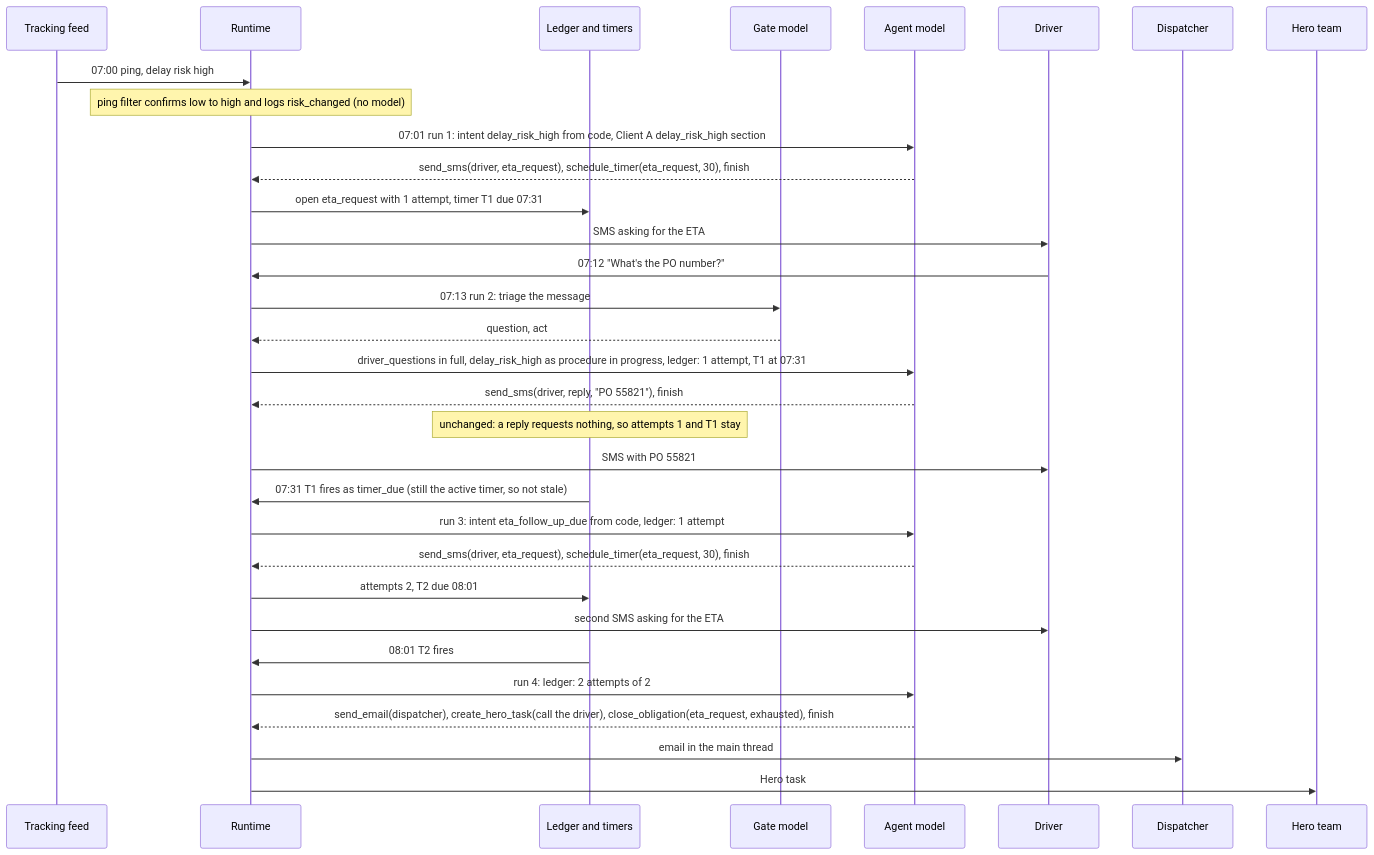
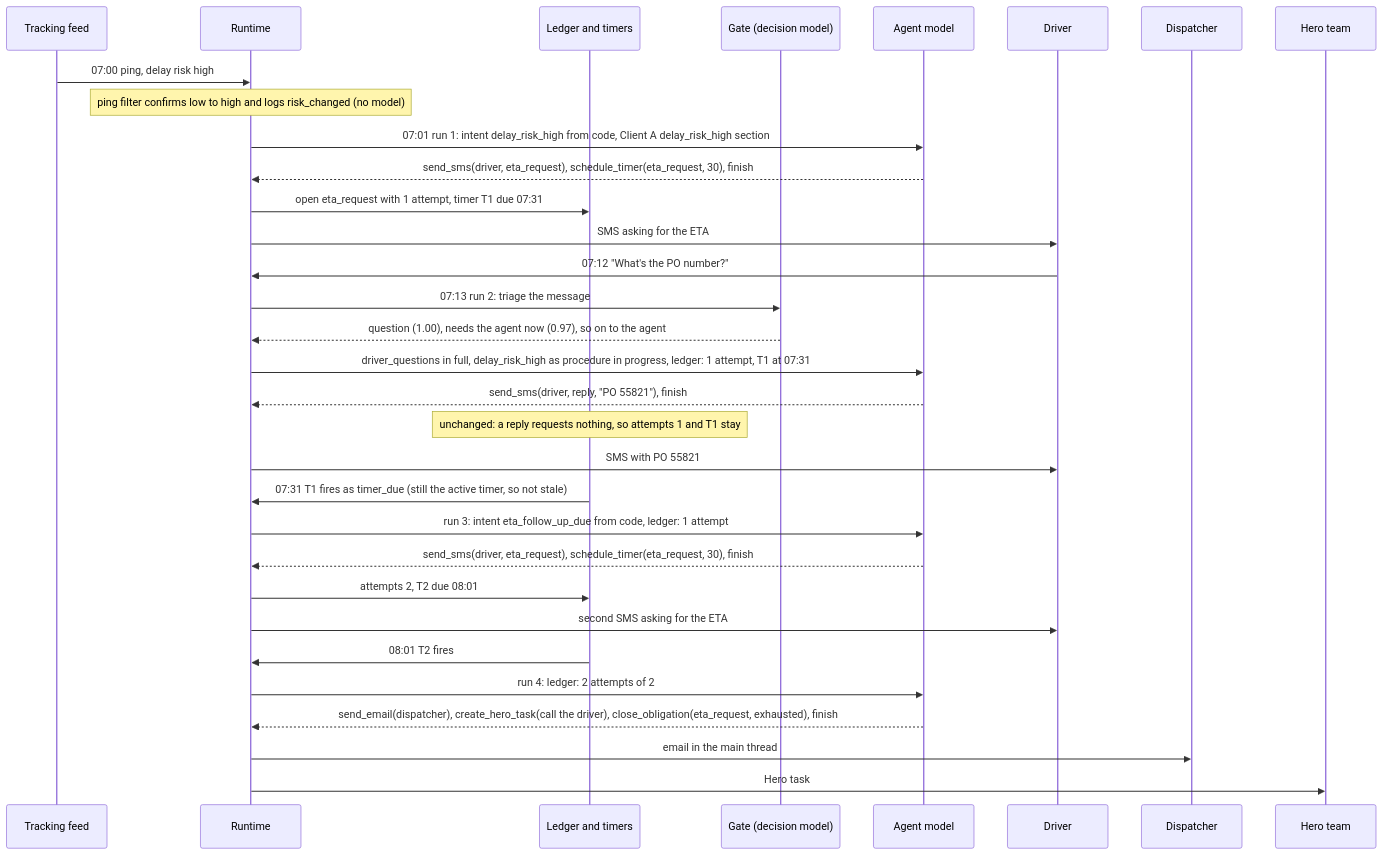
The sixth of 10 diagrams in docs/architecture.md (pedrocwb/freight-hero-assessment), drawn with Mermaid before and after one commit. The commit also changed other lines of this file and 3 other files, not shown here.

First line of the commit message:
Report the gate engine comparison and describe the decision-model gate

````diff
--- a/docs/architecture.md
+++ b/docs/architecture.md
@@ -219,35 +219,35 @@
 ```mermaid
 sequenceDiagram
   participant T as Tracking feed
   participant R as Runtime
   participant L as Ledger and timers
-  participant G as Gate model
+  participant G as Gate (decision model)
   participant A as Agent model
   participant D as Driver
   participant P as Dispatcher
   participant H as Hero team
 
   T->>R: 07:00 ping, delay risk high
   Note over R: ping filter confirms low to high and logs risk_changed (no model)
   R->>A: 07:01 run 1: intent delay_risk_high from code, Client A delay_risk_high section
   A-->>R: send_sms(driver, eta_request), schedule_timer(eta_request, 30), finish
   R->>L: open eta_request with 1 attempt, timer T1 due 07:31
   R->>D: SMS asking for the ETA
   D->>R: 07:12 "What's the PO number?"
   R->>G: 07:13 run 2: triage the message
-  G-->>R: question, act
+  G-->>R: question (1.00), needs the agent now (0.97), so on to the agent
   R->>A: driver_questions in full, delay_risk_high as procedure in progress, ledger: 1 attempt, T1 at 07:31
   A-->>R: send_sms(driver, reply, "PO 55821"), finish
   Note over L: unchanged: a reply requests nothing, so attempts 1 and T1 stay
   R->>D: SMS with PO 55821
   L->>R: 07:31 T1 fires as timer_due (still the active timer, so not stale)
   R->>A: run 3: intent eta_follow_up_due from code, ledger: 1 attempt
   A-->>R: send_sms(driver, eta_request), schedule_timer(eta_request, 30), finish
   R->>L: attempts 2, T2 due 08:01
   R->>D: second SMS asking for the ETA
   L->>R: 08:01 T2 fires
   R->>A: run 4: ledger: 2 attempts of 2
   A-->>R: send_email(dispatcher), create_hero_task(call the driver), close_obligation(eta_request, exhausted), finish
   R->>P: email in the main thread
   R->>H: Hero task
 ```
````
